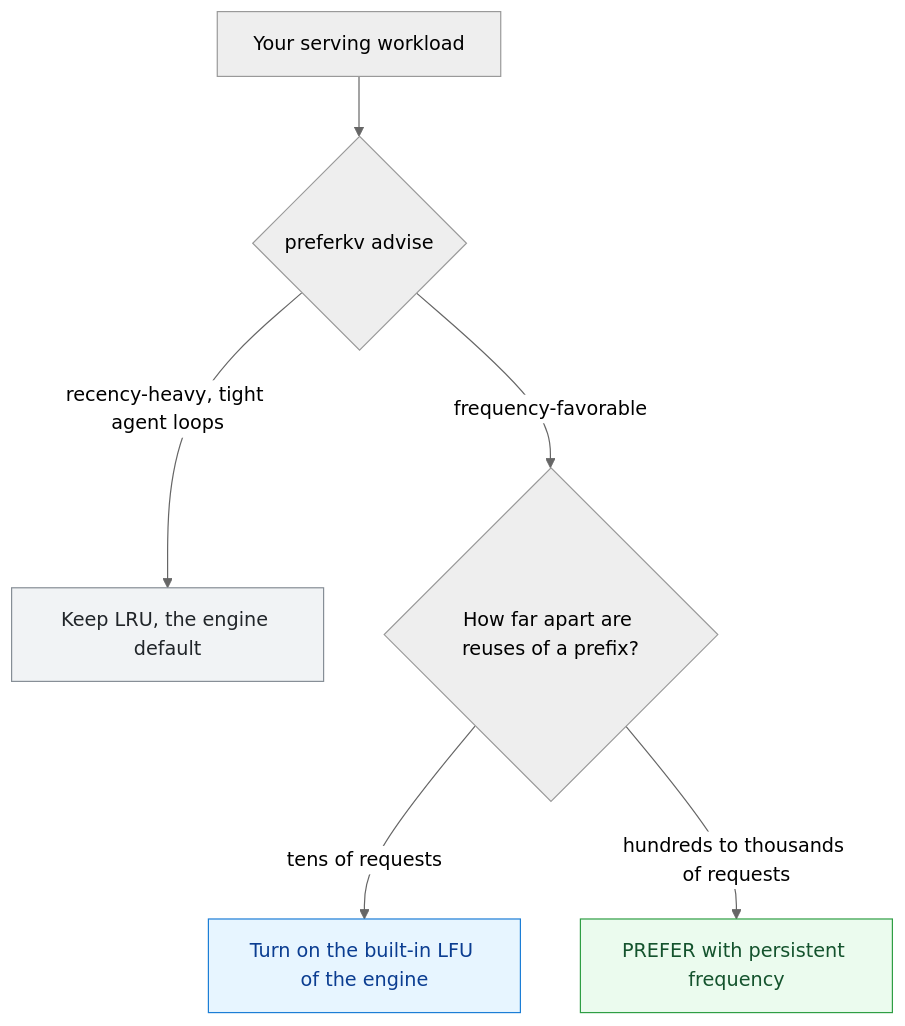
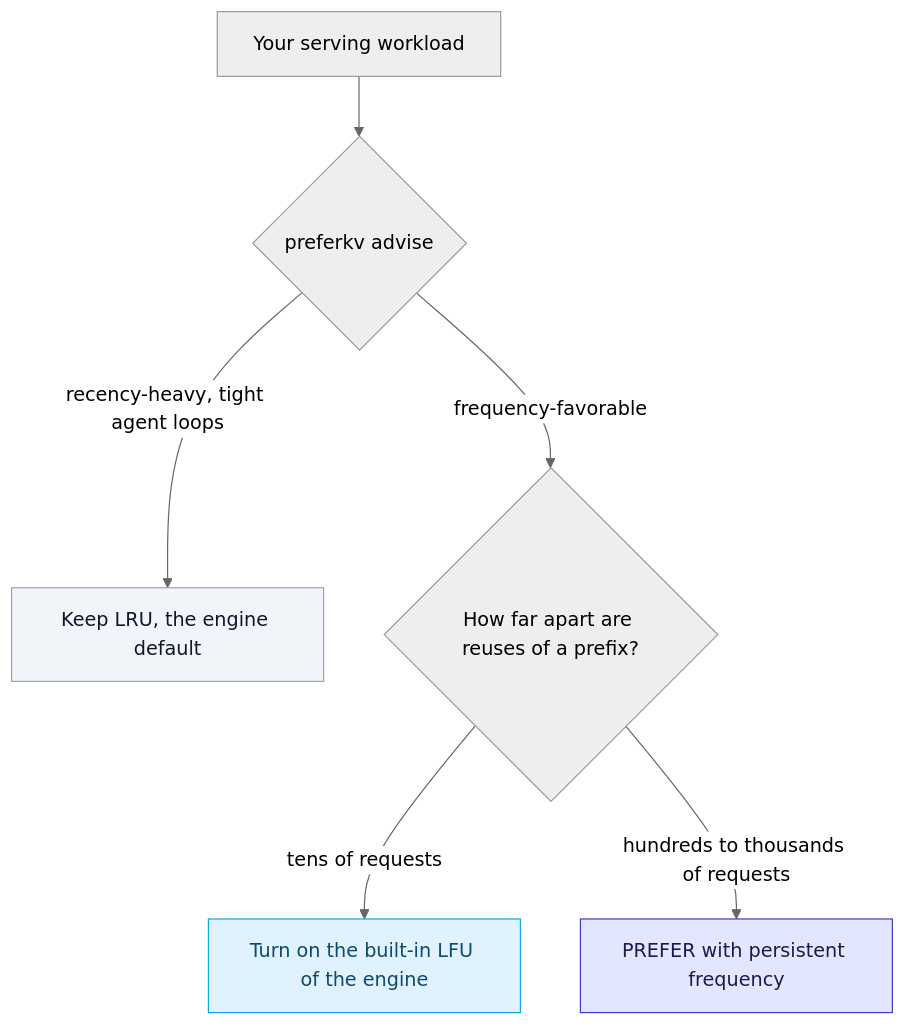
Before and after one commit to E27-25/preferkv: the diagram in README.md, drawn with Mermaid (neutral theme). The commit also changed other lines of this file and 12 other files, not shown here.

````diff
--- a/README.md
+++ b/README.md
@@ -63,14 +85,14 @@
 ```mermaid
 flowchart TD
     A[Your serving workload] --> B{preferkv advise}
     B -->|recency-heavy, tight agent loops| L[Keep LRU, the engine default]
     B -->|frequency-favorable| C{How far apart are reuses of a prefix?}
     C -->|tens of requests| S[Turn on the built-in LFU of the engine]
     C -->|hundreds to thousands of requests| P[PREFER with persistent frequency]
-    classDef keep fill:#f1f3f5,stroke:#868e96,color:#212529;
-    classDef good fill:#e7f5ff,stroke:#1c7ed6,color:#0b3d91;
-    classDef best fill:#ebfbee,stroke:#2f9e44,color:#14532d;
+    classDef keep fill:#f1f5f9,stroke:#94a3b8,color:#0f172a;
+    classDef good fill:#e0f2fe,stroke:#0ea5e9,color:#0c4a6e;
+    classDef best fill:#e0e7ff,stroke:#4338ca,color:#1e1b4b;
     class L keep
     class S good
     class P best
 ```
````
